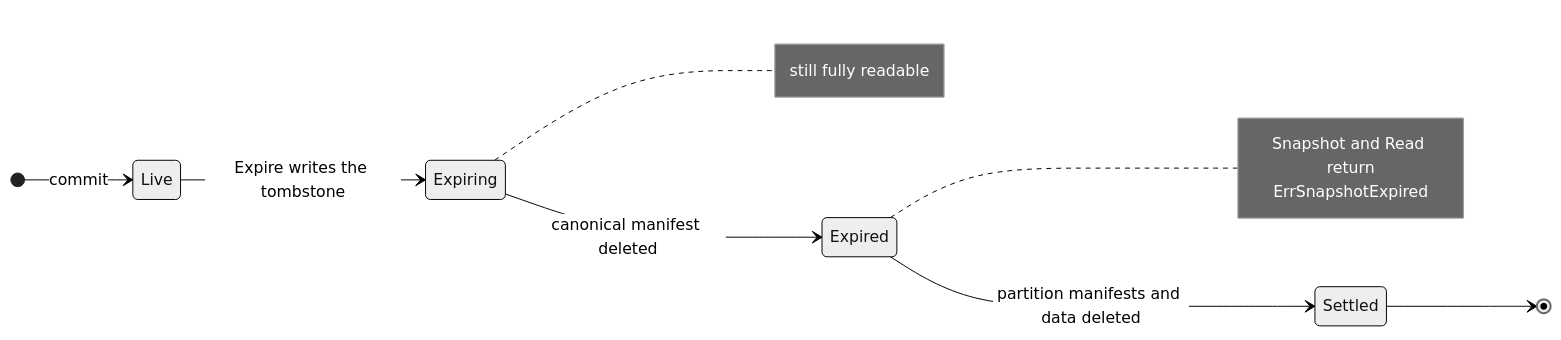
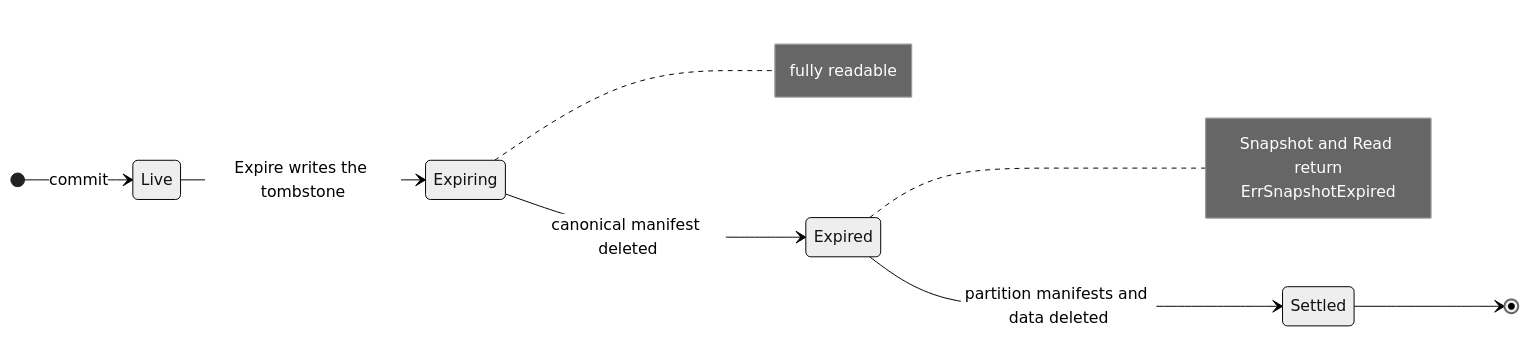
One commit to pithecene/lode changed the first of 3 diagrams in docs/guides/retention.md. Above: the diagram before and after it, drawn with Mermaid (neutral theme). The commit also changed other lines of this file and 29 other files, not shown here.

````diff
--- a/docs/guides/retention.md
+++ b/docs/guides/retention.md
@@ -27,16 +28,16 @@
 ```mermaid
 stateDiagram-v2
     direction LR
     [*] --> Live: commit
     Live --> Expiring: Expire writes the tombstone
     Expiring --> Expired: canonical manifest deleted
     Expired --> Settled: partition manifests and data deleted
     Settled --> [*]
     note right of Expiring
-        still fully readable
+        fully readable
     end note
     note right of Expired
         Snapshot and Read return
         ErrSnapshotExpired
     end note
 ```
````
